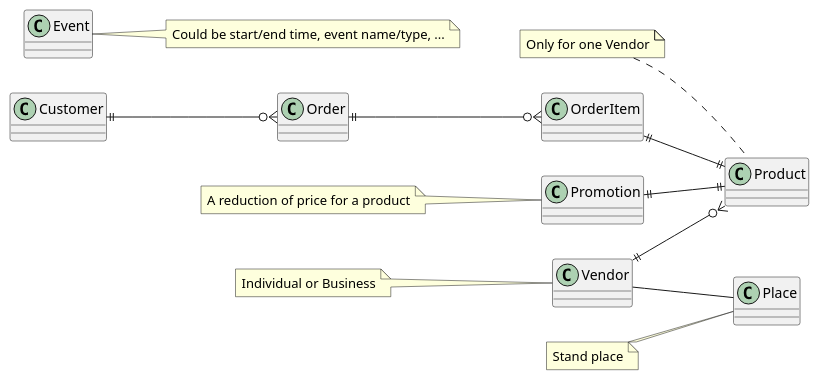
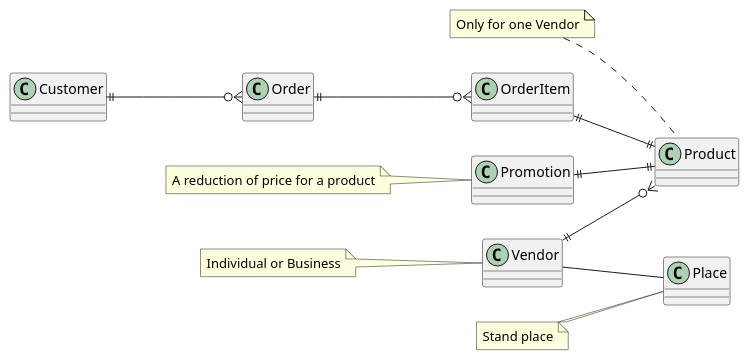
One commit to KoenigJulia/weihnachtsmarkt changed the diagram in erd.puml. Above: the diagram before and after it, drawn with PlantUML.

Commit message:
removed event (since it's useless)

```diff
--- a/erd.puml
+++ b/erd.puml
@@ -1,40 +1,36 @@
 @startuml
 left to right direction
 class Vendor {
 }
 note left: Individual or Business
 
 class Product {
 }
 note left: Only for one Vendor
 
 class Customer {
 }
 
 class Order {
 }
 
 class OrderItem{
 }
 
-class Event {
-}
-note right: Could be start/end time, event name/type, ...
-
 class Promotion {
 }
 note left: A reduction of price for a product
 
 class Place {
 }
 note left: Stand place
 
 Vendor ||--o{ Product
 Vendor -- Place
 
 Order ||--o{ OrderItem
 OrderItem ||--|| Product
 Customer ||--o{ Order
 
 Promotion ||--|| Product
 @enduml
```
